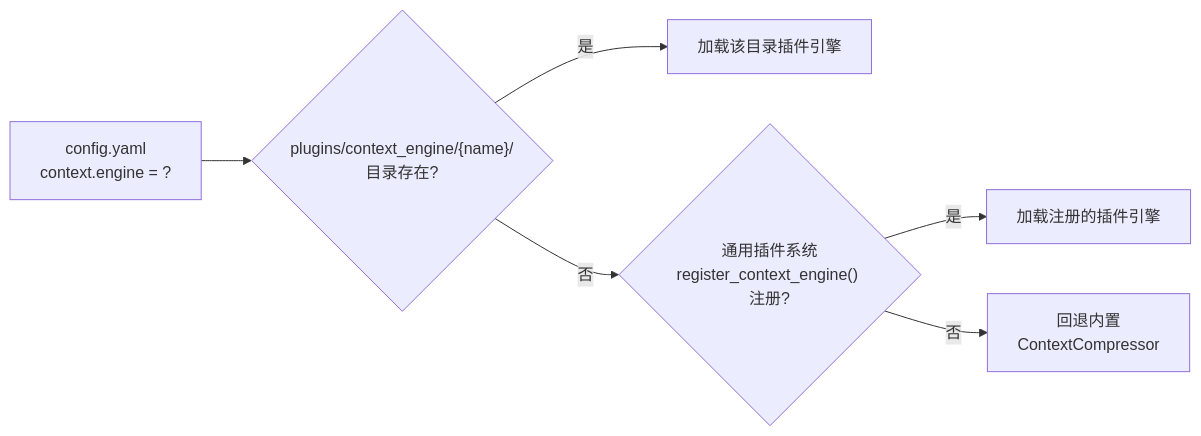
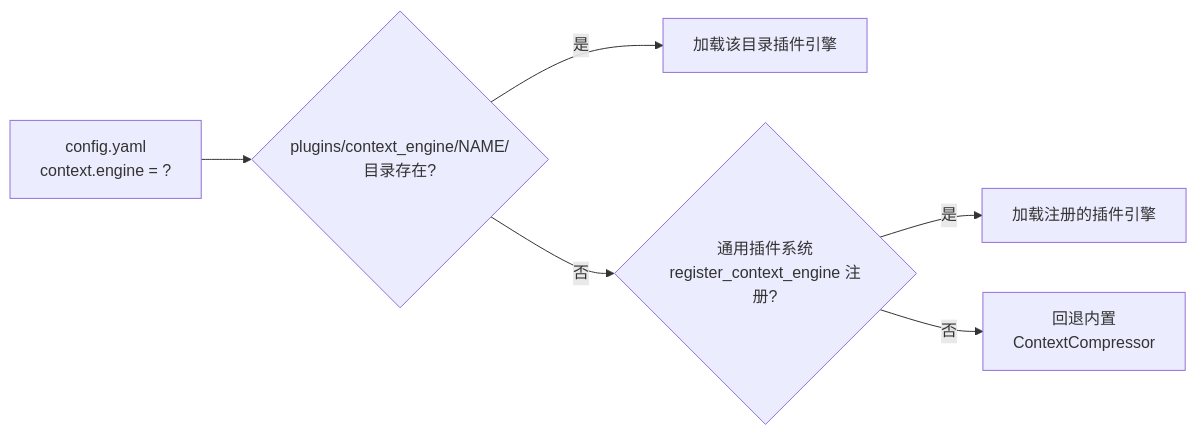
One commit to eriklee1895/writing-agent-harness changed the first of 16 diagrams in content/origin/2026-07-01-hermes-context-compression/index.md. Above: the diagram before and after it, drawn with Mermaid. The commit also changed other lines of this file and 5 other files, not shown here.

````diff
--- a/content/origin/2026-07-01-hermes-context-compression/index.md
+++ b/content/origin/2026-07-01-hermes-context-compression/index.md
@@ -69,8 +69,8 @@
 ```mermaid
 flowchart LR
-    A["config.yaml<br/>context.engine = ?"] --> B{"plugins/context_engine/{name}/<br/>目录存在?"}
+    A["config.yaml<br/>context.engine = ?"] --> B{"plugins/context_engine/NAME/<br/>目录存在?"}
     B -- 是 --> P1["加载该目录插件引擎"]
-    B -- 否 --> C{"通用插件系统<br/>register_context_engine() 注册?"}
+    B -- 否 --> C{"通用插件系统<br/>register_context_engine 注册?"}
     C -- 是 --> P2["加载注册的插件引擎"]
     C -- 否 --> D["回退内置<br/>ContextCompressor"]
 ```
````
